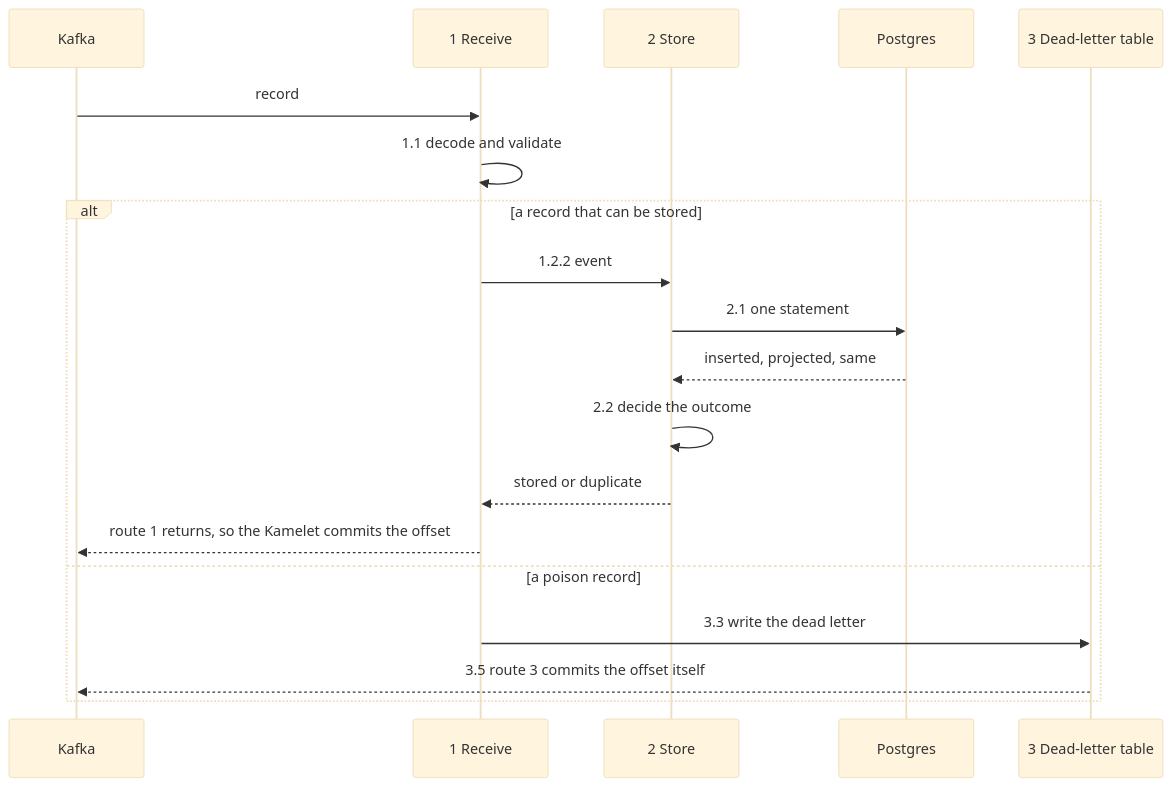
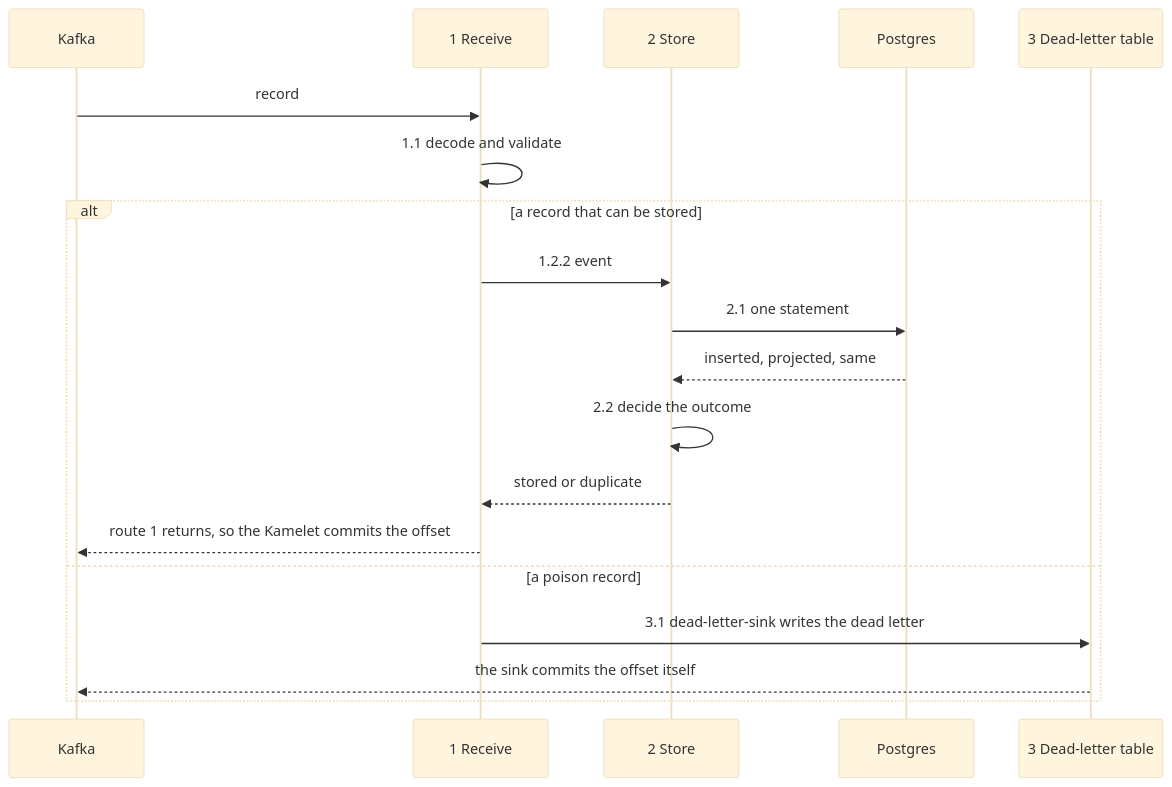
Before and after one commit to m-almeida-p/ms-ml-conv-history-consumer: the fifth of 5 diagrams in docs/design.md, drawn with Mermaid (base theme). The commit also changed other lines of this file and 18 other files, not shown here.

````diff
--- a/docs/design.md
+++ b/docs/design.md
@@ -163,22 +161,22 @@
 ```mermaid
 sequenceDiagram
     participant K as Kafka
     participant R as 1 Receive
     participant S as 2 Store
     participant P as Postgres
     participant L as 3 Dead-letter table
 
     K->>R: record
     R->>R: 1.1 decode and validate
     alt a record that can be stored
         R->>S: 1.2.2 event
         S->>P: 2.1 one statement
         P-->>S: inserted, projected, same
         S->>S: 2.2 decide the outcome
         S-->>R: stored or duplicate
         R-->>K: route 1 returns, so the Kamelet commits the offset
     else a poison record
-        R->>L: 3.3 write the dead letter
-        L-->>K: 3.5 route 3 commits the offset itself
+        R->>L: 3.1 dead-letter-sink writes the dead letter
+        L-->>K: the sink commits the offset itself
     end
 ```
````
